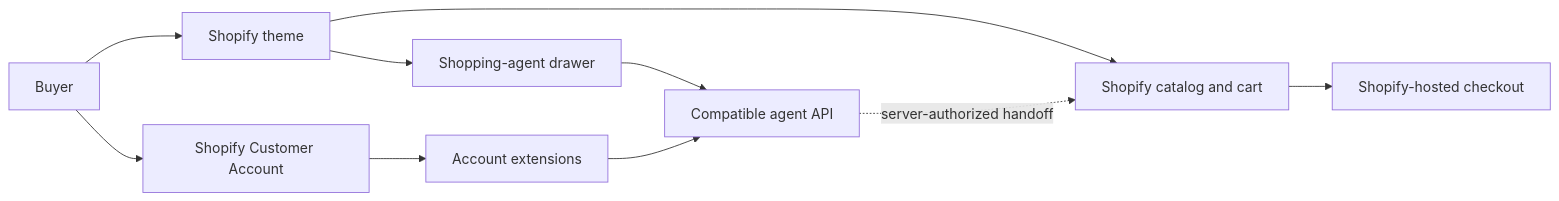
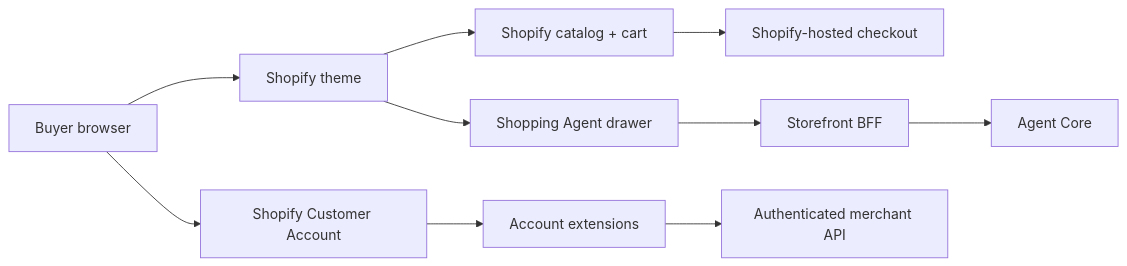
Before and after one commit to SuntekCorps-xLab/send-from-china-reference-store: the diagram in docs/ARCHITECTURE.md, drawn with Mermaid. The commit also changed other lines of this file and 30 other files, not shown here.

````diff
--- a/docs/ARCHITECTURE.md
+++ b/docs/ARCHITECTURE.md
@@ -5,12 +5,12 @@
 ```mermaid
 flowchart LR
-  B[Buyer] --> T[Shopify theme]
-  T --> S[Shopify catalog and cart]
-  T --> D[Shopping-agent drawer]
-  D --> A[Compatible agent API]
+  B[Buyer browser] --> T[Shopify theme]
+  T --> S[Shopify catalog + cart]
+  T --> D[Shopping Agent drawer]
+  D --> P[Storefront BFF]
+  P --> A[Agent Core]
   B --> C[Shopify Customer Account]
   C --> X[Account extensions]
-  X --> A
+  X --> M[Authenticated merchant API]
   S --> H[Shopify-hosted checkout]
-  A -. server-authorized handoff .-> S
 ```
````
